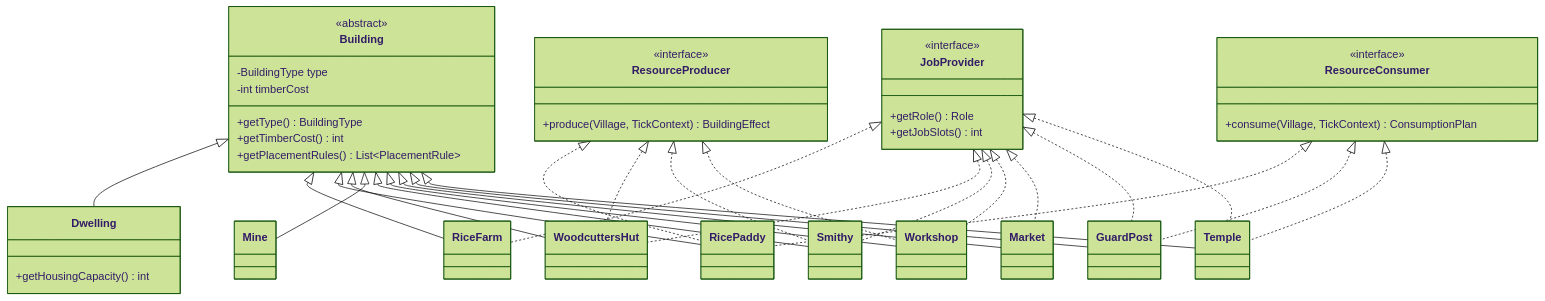
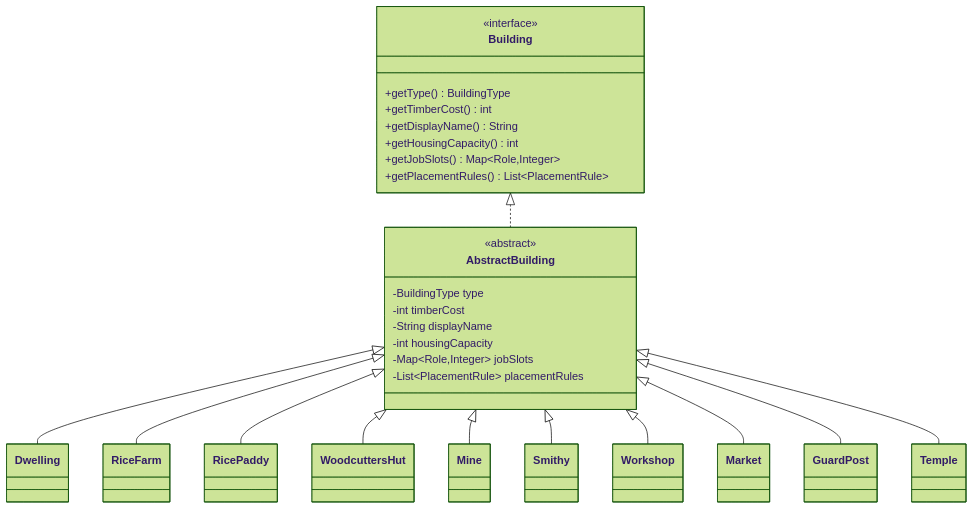
One commit to edope704/DaimyoSimulator changed the eighth of 21 diagrams in docs/DesignDocument.md. Above: the diagram before and after it, drawn with Mermaid (forest theme). The commit also changed other lines of this file and 6 other files, not shown here.

````diff
--- a/docs/DesignDocument.md
+++ b/docs/DesignDocument.md
@@ -523,69 +504,45 @@
 ```mermaid
 classDiagram
     class Building {
+        <<interface>>
+        +getType() BuildingType
+        +getTimberCost() int
+        +getDisplayName() String
+        +getHousingCapacity() int
+        +getJobSlots() Map~Role,Integer~
+        +getPlacementRules() List~PlacementRule~
+    }
+
+    class AbstractBuilding {
         <<abstract>>
         -BuildingType type
         -int timberCost
-        +getType() BuildingType
-        +getTimberCost() int
-        +getPlacementRules() List~PlacementRule~
+        -String displayName
+        -int housingCapacity
+        -Map~Role,Integer~ jobSlots
+        -List~PlacementRule~ placementRules
     }
 
-    class JobProvider {
-        <<interface>>
-        +getRole() Role
-        +getJobSlots() int
-    }
-
-    class ResourceProducer {
-        <<interface>>
-        +produce(Village, TickContext) BuildingEffect
-    }
-
-    class ResourceConsumer {
-        <<interface>>
-        +consume(Village, TickContext) ConsumptionPlan
-    }
-
-    class Dwelling {
-        +getHousingCapacity() int
-    }
-
+    class Dwelling
     class RiceFarm
     class RicePaddy
     class WoodcuttersHut
     class Mine
     class Smithy
     class Workshop
     class Market
     class GuardPost
     class Temple
 
-    Building <|-- Dwelling
-    Building <|-- RiceFarm
-    Building <|-- RicePaddy
-    Building <|-- WoodcuttersHut
-    Building <|-- Mine
-    Building <|-- Smithy
-    Building <|-- Workshop
-    Building <|-- Market
-    Building <|-- GuardPost
-    Building <|-- Temple
-
-    JobProvider <|.. RiceFarm
-    JobProvider <|.. WoodcuttersHut
-    JobProvider <|.. Smithy
-    JobProvider <|.. Workshop
-    JobProvider <|.. Market
-    JobProvider <|.. GuardPost
-    JobProvider <|.. Temple
-
-    ResourceProducer <|.. RicePaddy
-    ResourceProducer <|.. WoodcuttersHut
-    ResourceProducer <|.. Smithy
-    ResourceProducer <|.. Workshop
-
-    ResourceConsumer <|.. RicePaddy
-    ResourceConsumer <|.. GuardPost
-    ResourceConsumer <|.. Temple
+    Building <|.. AbstractBuilding
+    AbstractBuilding <|-- Dwelling
+    AbstractBuilding <|-- RiceFarm
+    AbstractBuilding <|-- RicePaddy
+    AbstractBuilding <|-- WoodcuttersHut
+    AbstractBuilding <|-- Mine
+    AbstractBuilding <|-- Smithy
+    AbstractBuilding <|-- Workshop
+    AbstractBuilding <|-- Market
+    AbstractBuilding <|-- GuardPost
+    AbstractBuilding <|-- Temple
 ```
````
